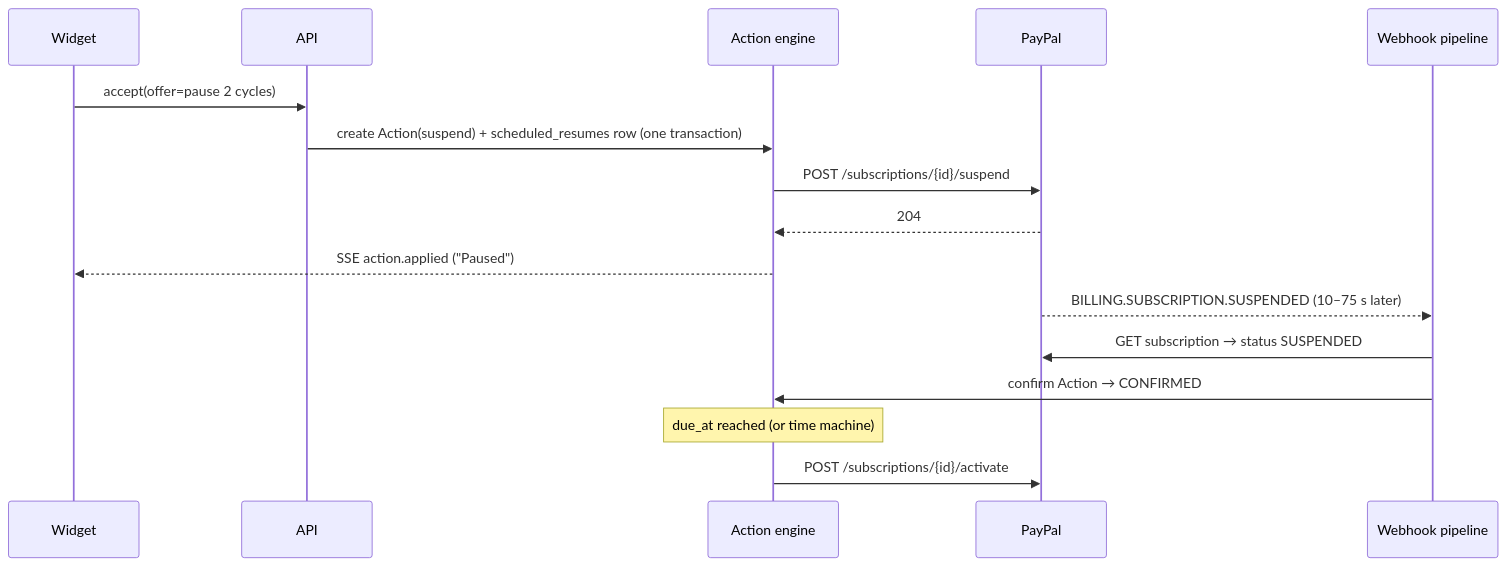
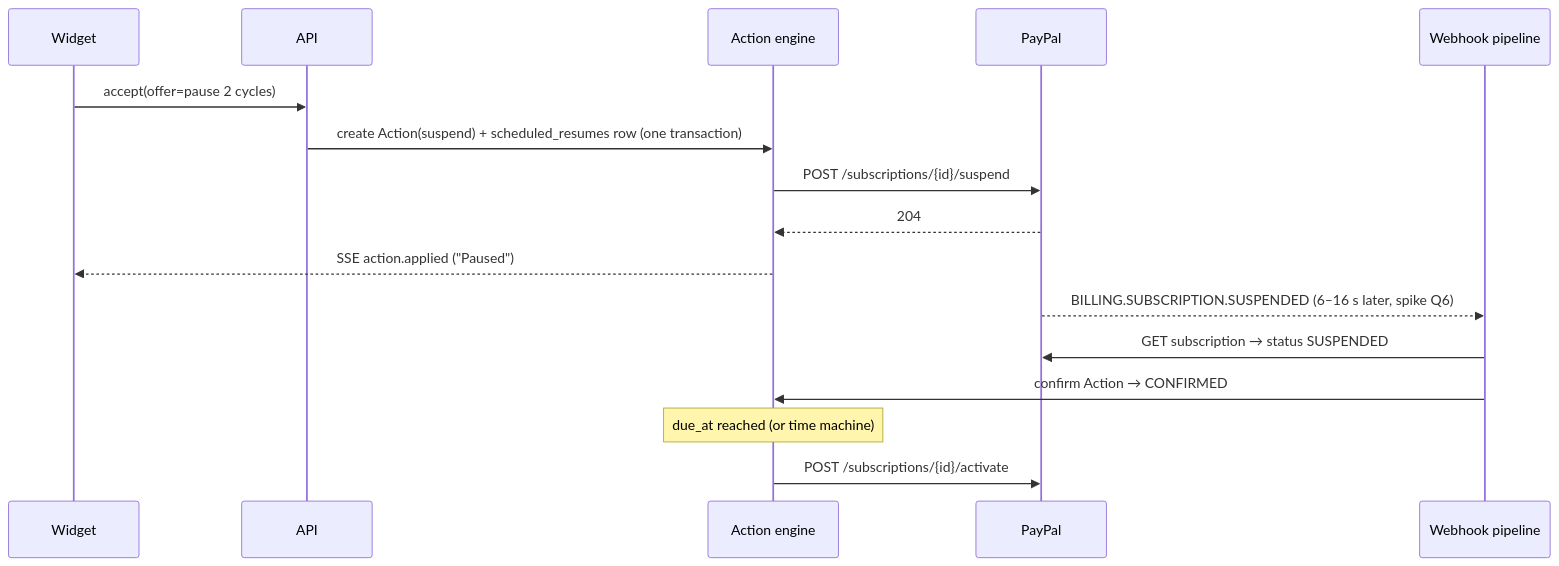
The fourth of 4 diagrams in docs/ARCHITECTURE.md (NotArnav03/keepwell), drawn with Mermaid before and after one commit. The commit also changed 7 other files, not shown here.

````diff
--- a/docs/ARCHITECTURE.md
+++ b/docs/ARCHITECTURE.md
@@ -496,18 +496,18 @@
 ```mermaid
 sequenceDiagram
   participant W as Widget
   participant API
   participant AE as Action engine
   participant PP as PayPal
   participant WH as Webhook pipeline
   W->>API: accept(offer=pause 2 cycles)
   API->>AE: create Action(suspend) + scheduled_resumes row (one transaction)
   AE->>PP: POST /subscriptions/{id}/suspend
   PP-->>AE: 204
   AE-->>W: SSE action.applied ("Paused")
-  PP-->>WH: BILLING.SUBSCRIPTION.SUSPENDED (10–75 s later)
+  PP-->>WH: BILLING.SUBSCRIPTION.SUSPENDED (6–16 s later, spike Q6)
   WH->>PP: GET subscription → status SUSPENDED
   WH->>AE: confirm Action → CONFIRMED
   Note over AE: due_at reached (or time machine)
   AE->>PP: POST /subscriptions/{id}/activate
 ```
````
